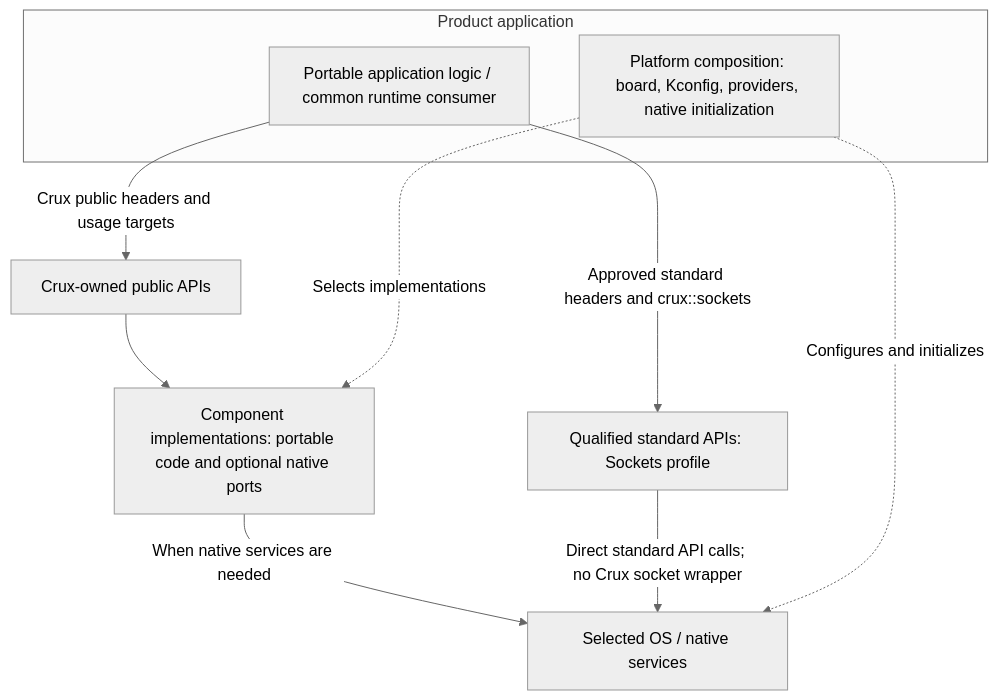
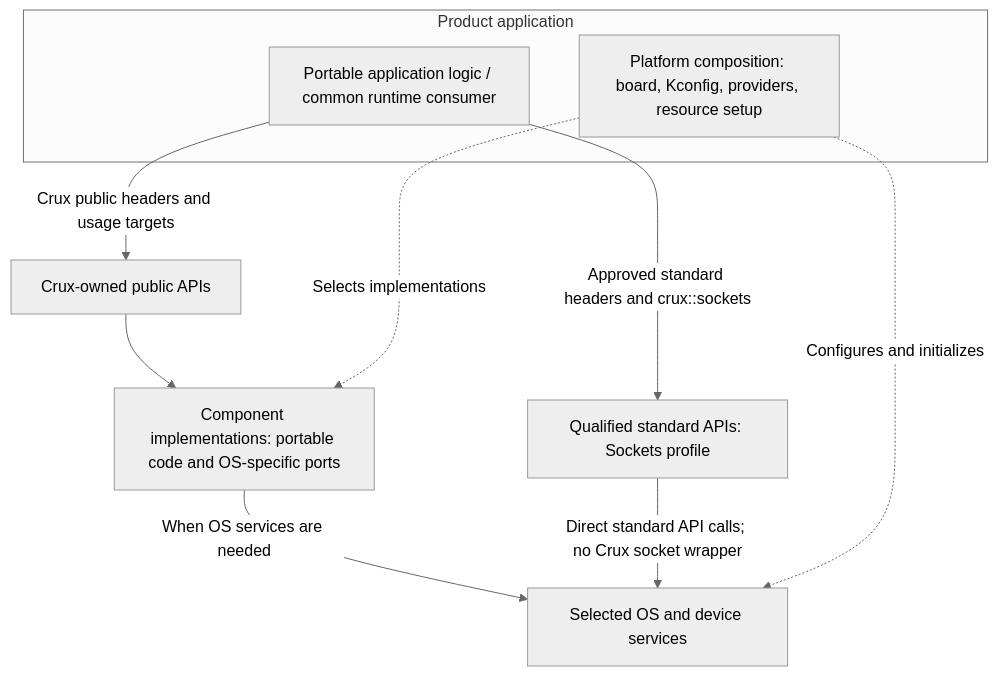
Before and after one commit to wonny-labs/crux-pilot: the diagram in docs/architecture.md, drawn with Mermaid (neutral theme). The commit also changed other lines of this file and 4 other files, not shown here.

Commit message:
docs: clarify platform composition and OS-specific terminology

````diff
--- a/docs/architecture.md
+++ b/docs/architecture.md
@@ -17,18 +17,18 @@
 ```mermaid
 flowchart TB
     subgraph Product["Product application"]
         P["Portable application logic / common runtime consumer"]
-        X["Platform composition: board, Kconfig, providers, native initialization"]
+        X["Platform composition: board, Kconfig, providers, resource setup"]
     end
     A["Crux-owned public APIs"]
-    C["Component implementations: portable code and optional native ports"]
+    C["Component implementations: portable code and OS-specific ports"]
     S["Qualified standard APIs: Sockets profile"]
-    N["Selected OS / native services"]
+    N["Selected OS and device services"]
     P -->|"Crux public headers and usage targets"| A
     A --> C
-    C -->|"When native services are needed"| N
+    C -->|"When OS services are needed"| N
     P -->|"Approved standard headers and crux::sockets"| S
     S -->|"Direct standard API calls; no Crux socket wrapper"| N
     X -.->|"Selects implementations"| C
     X -.->|"Configures and initializes"| N
 ```
````
